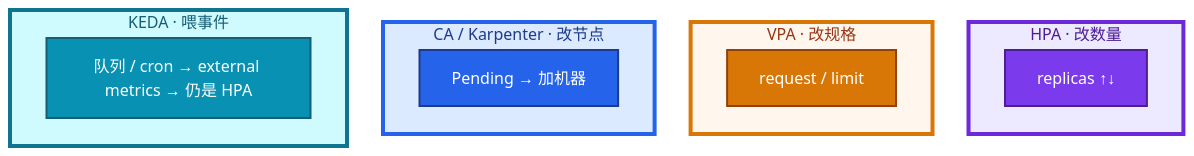
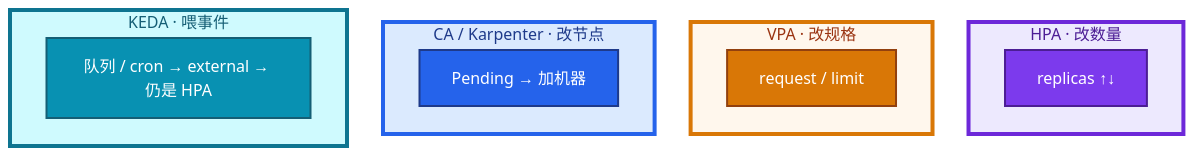
One commit to ml-cuizijun/LearnToLilith changed the third of 5 diagrams in 04-Kubernetes/07-弹性伸缩/知识点.md. Above: the diagram before and after it, drawn with Mermaid. The commit also changed other lines of this file and 107 other files, not shown here.

````diff
--- a/04-Kubernetes/07-弹性伸缩/知识点.md
+++ b/04-Kubernetes/07-弹性伸缩/知识点.md
@@ -142,30 +146,30 @@
 ```mermaid
 %%{init: {"flowchart": {"padding": 16, "nodeSpacing": 36, "rankSpacing": 48}, "theme": "base"}}%%
 flowchart TB
     subgraph h ["HPA · 改数量"]
         h1["replicas ↑↓"]
     end
     subgraph v ["VPA · 改规格"]
         v1["request / limit"]
     end
     subgraph c ["CA / Karpenter · 改节点"]
         c1["Pending → 加机器"]
     end
     subgraph k ["KEDA · 喂事件"]
-        k1["队列 / cron → external metrics → 仍是 HPA"]
+        k1["队列 / cron → external → 仍是 HPA"]
     end
 
     classDef hpa fill:#7C3AED,stroke:#4C1D95,stroke-width:2px,color:#fff
     classDef vpa fill:#D97706,stroke:#92400E,stroke-width:2px,color:#fff
     classDef ca fill:#2563EB,stroke:#1E3A8A,stroke-width:2px,color:#fff
     classDef keda fill:#0891B2,stroke:#155E75,stroke-width:2px,color:#fff
     class h1 hpa
     class v1 vpa
     class c1 ca
     class k1 keda
 
     style h fill:#EDE9FE,stroke:#6D28D9,stroke-width:4px,color:#4C1D95
     style v fill:#FFF7ED,stroke:#D97706,stroke-width:4px,color:#9A3412
     style c fill:#DBEAFE,stroke:#2563EB,stroke-width:4px,color:#1E3A8A
     style k fill:#CFFAFE,stroke:#0E7490,stroke-width:4px,color:#155E75
 ```
````
